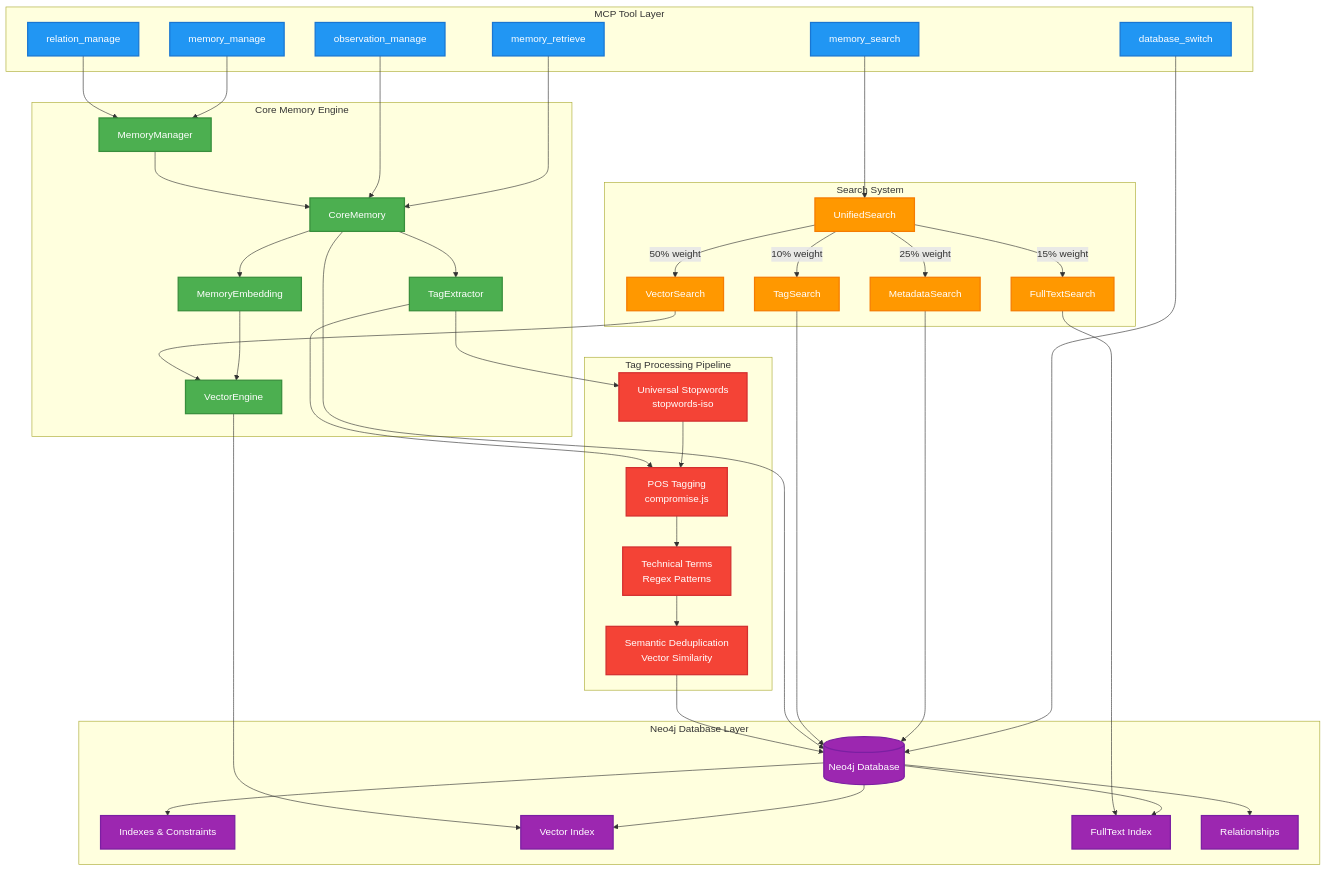
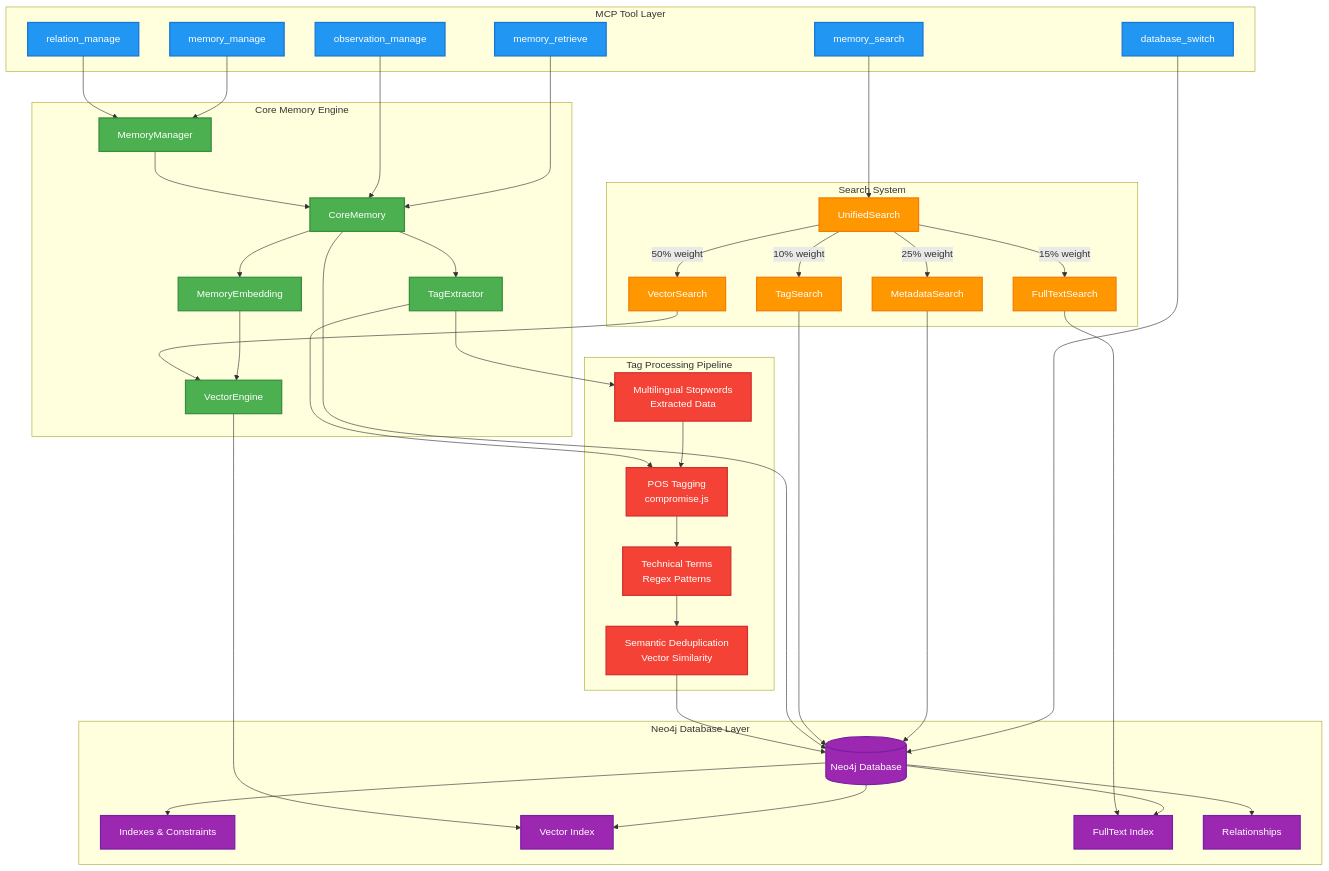
The first of 2 diagrams in README.md (sylweriusz/mcp-neo4j-memory-server), drawn with Mermaid before and after one commit. The commit also changed other lines of this file and 11 other files, not shown here.

```diff
--- a/README.md
+++ b/README.md
@@ -60,7 +60,7 @@
     end
     
     subgraph "Tag Processing Pipeline"
-        SW[Universal Stopwords<br/>stopwords-iso]
+        SW[Multilingual Stopwords<br/>Extracted Data]
         POS[POS Tagging<br/>compromise.js]
         TT[Technical Terms<br/>Regex Patterns]
         SD[Semantic Deduplication<br/>Vector Similarity]
```
